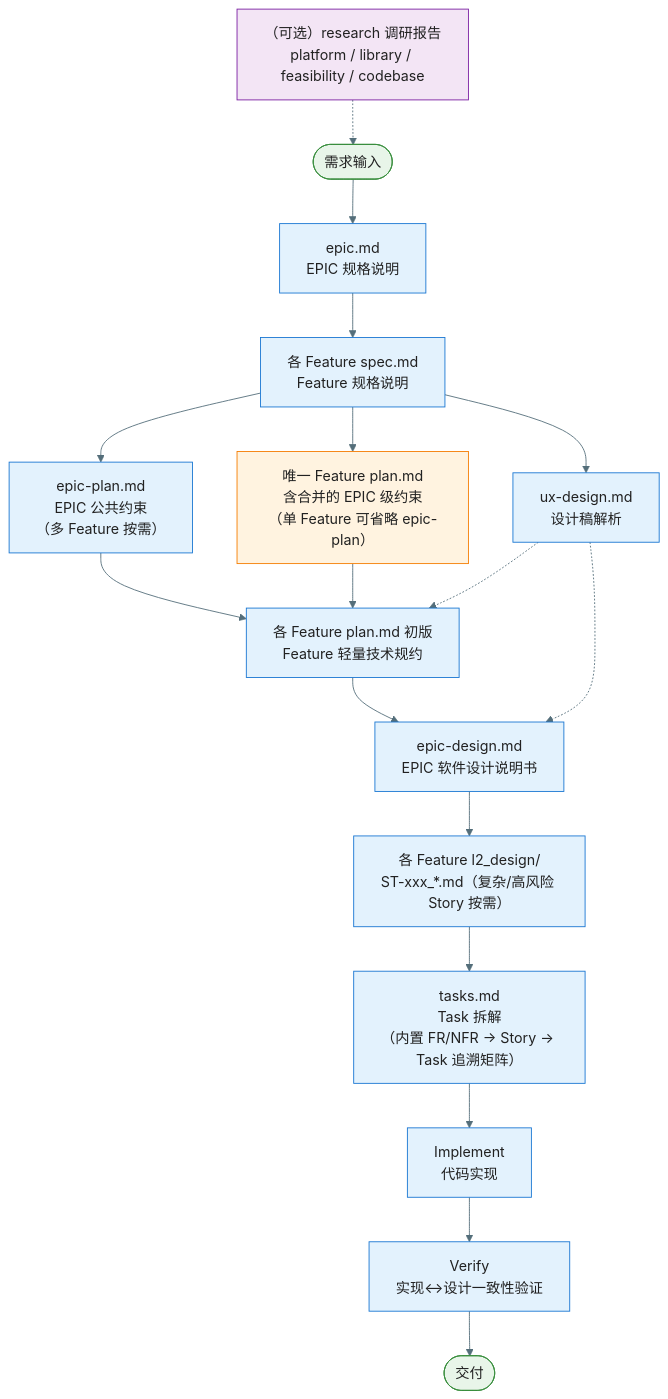
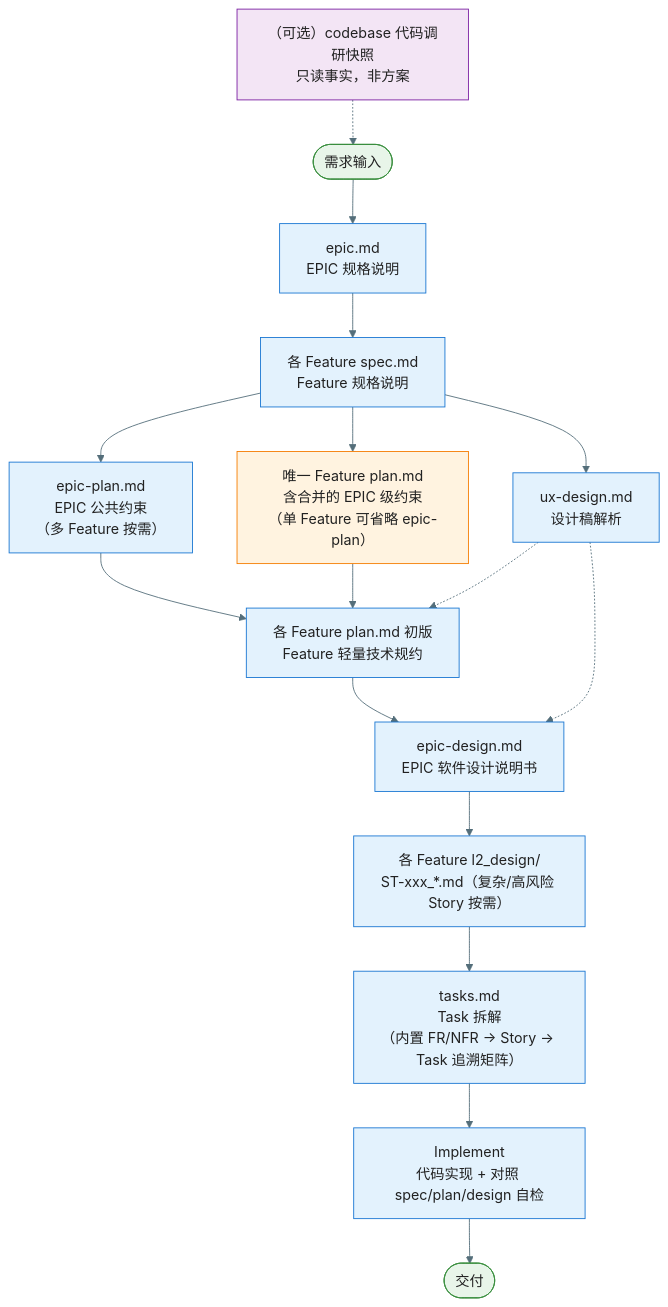
The first of 8 diagrams in docs/aisdd/workflow-overview.md (jackykarma/Verity), drawn with Mermaid before and after one commit. The commit also changed other lines of this file and 42 other files, not shown here.

````diff
--- a/docs/aisdd/workflow-overview.md
+++ b/docs/aisdd/workflow-overview.md
@@ -9,33 +9,32 @@
 ```mermaid
 %%{init: {'theme': 'base', 'themeVariables': { 'primaryColor': '#E3F2FD', 'primaryTextColor': '#212121', 'primaryBorderColor': '#1976D2', 'lineColor': '#546E7A'}}}%%
 flowchart TD
-    Research["（可选）research 调研报告<br/>platform / library / feasibility / codebase"] -.-> Start
+    Research["（可选）codebase 代码调研快照<br/>只读事实，非方案"] -.-> Start
     Start([需求输入]) --> EpicMd["epic.md<br/>EPIC 规格说明"]
     EpicMd --> SpecMd["各 Feature spec.md<br/>Feature 规格说明"]
     SpecMd --> EpicPlan["epic-plan.md<br/>EPIC 公共约束<br/>（多 Feature 按需）"]
     SpecMd --> PlanSingle["唯一 Feature plan.md<br/>含合并的 EPIC 级约束<br/>（单 Feature 可省略 epic-plan）"]
     SpecMd --> UxDesign["ux-design.md<br/>设计稿解析"]
     EpicPlan --> PlanMd["各 Feature plan.md 初版<br/>Feature 轻量技术规约"]
     PlanSingle --> PlanMd
     UxDesign -.-> PlanMd
     PlanMd --> EpicDesign["epic-design.md<br/>EPIC 软件设计说明书"]
     UxDesign -.-> EpicDesign
     EpicDesign --> StoryDesign["各 Feature l2_design/<br/>ST-xxx_*.md（复杂/高风险 Story 按需）"]
     StoryDesign --> TasksMd["tasks.md<br/>Task 拆解<br/>（内置 FR/NFR → Story → Task 追溯矩阵）"]
-    TasksMd --> Implement["Implement<br/>代码实现"]
-    Implement --> Verify["Verify<br/>实现↔设计一致性验证"]
-    Verify --> Done([交付])
+    TasksMd --> Implement["Implement<br/>代码实现 + 对照 spec/plan/design 自检"]
+    Implement --> Done([交付])
 
     style Research fill:#F3E5F5,stroke:#7B1FA2
     style Start fill:#E8F5E9,stroke:#388E3C
     style Done fill:#E8F5E9,stroke:#388E3C
     style EpicMd fill:#E3F2FD,stroke:#1976D2
     style SpecMd fill:#E3F2FD,stroke:#1976D2
     style EpicPlan fill:#E3F2FD,stroke:#1976D2
     style PlanSingle fill:#FFF3E0,stroke:#F57C00
     style UxDesign fill:#E3F2FD,stroke:#1976D2
     style PlanMd fill:#E3F2FD,stroke:#1976D2
     style EpicDesign fill:#E3F2FD,stroke:#1976D2
     style StoryDesign fill:#E3F2FD,stroke:#1976D2
     style TasksMd fill:#E3F2FD,stroke:#1976D2
 ```
````
